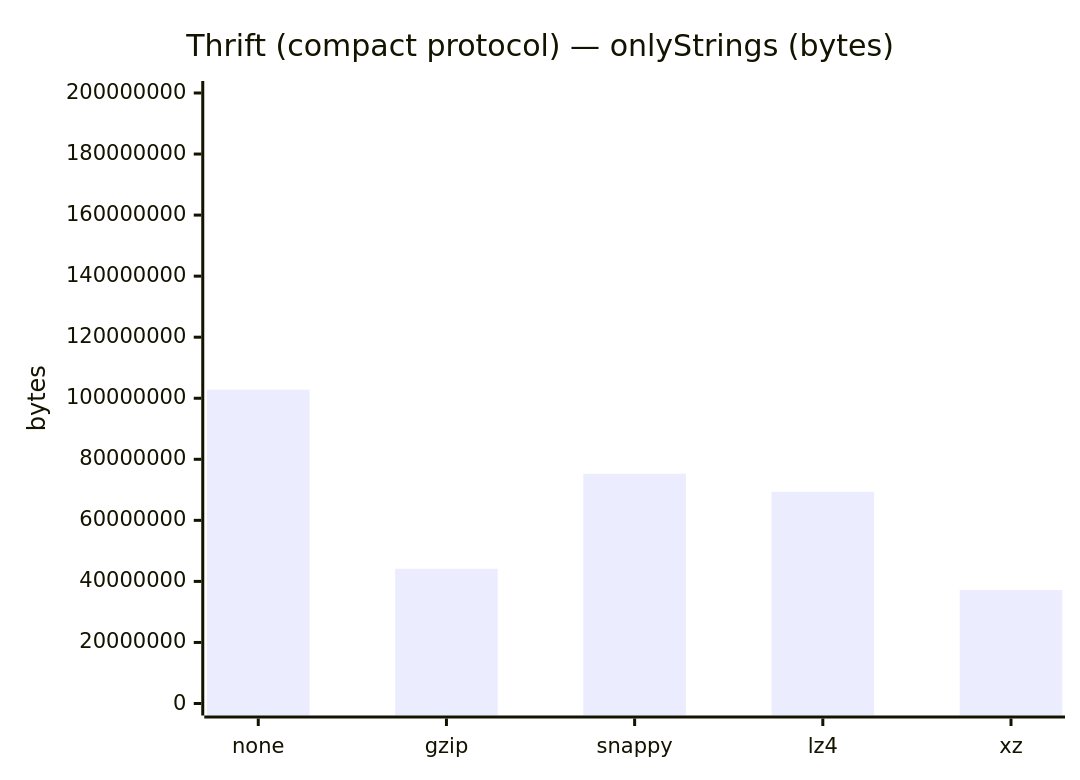
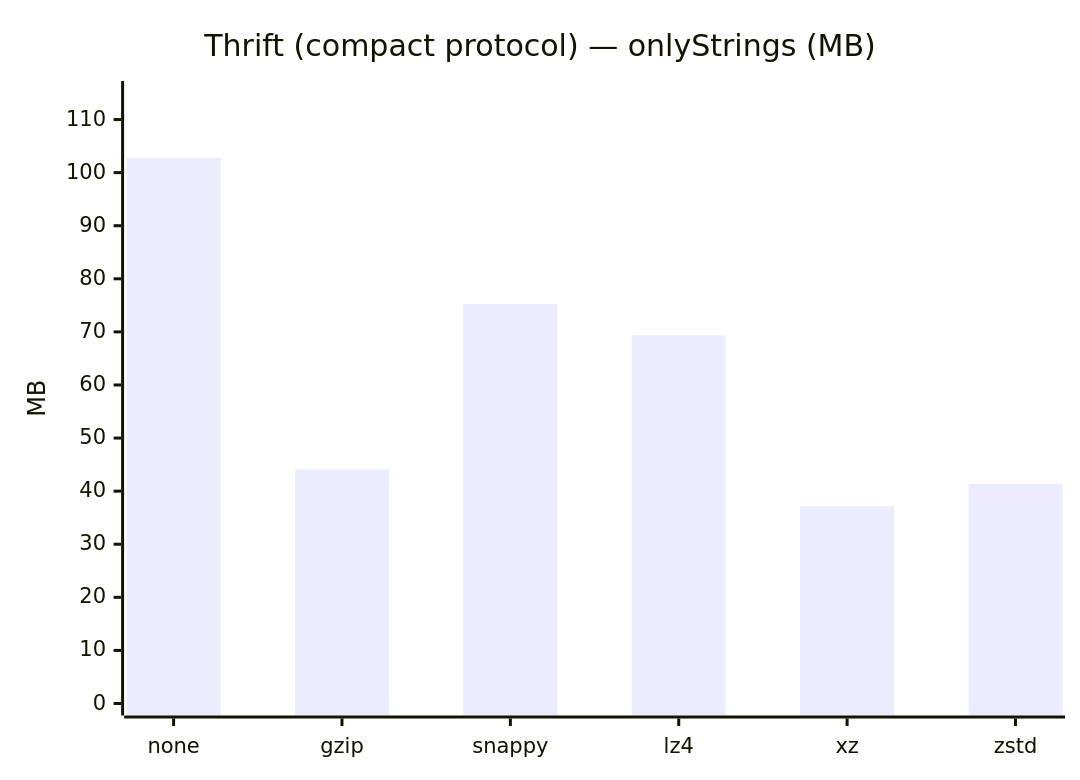
Diagram 15 of 33 in results/2026/file-sizes.md (nryanov/SerializationBenchmark), drawn with Mermaid before and after one commit. The commit also changed other lines of this file, not shown here.

Commit message:
doc: update file size charts

````diff
--- a/results/2026/file-sizes.md
+++ b/results/2026/file-sizes.md
@@ -202,8 +202,8 @@
 ```mermaid
-%%{init: {"config": {"xyChart": {"width": 525, "height": 360}}}}%%
+%%{init: {"config": {"xyChart": {"width": 610, "height": 360}}}}%%
 xychart-beta
-    title "Thrift (compact protocol) — onlyStrings (bytes)"
-    x-axis ["none", "gzip", "snappy", "lz4", "xz"]
-    y-axis "bytes" 0 --> 200000000
-    bar [102800000, 44132682, 75268129, 69349947, 37160328]
+    title "Thrift (compact protocol) — onlyStrings (MB)"
+    x-axis ["none", "gzip", "snappy", "lz4", "xz", "zstd"]
+    y-axis "MB" 0 --> 115
+    bar [102.8, 44.13, 75.27, 69.35, 37.16, 41.41]
 ```
````
